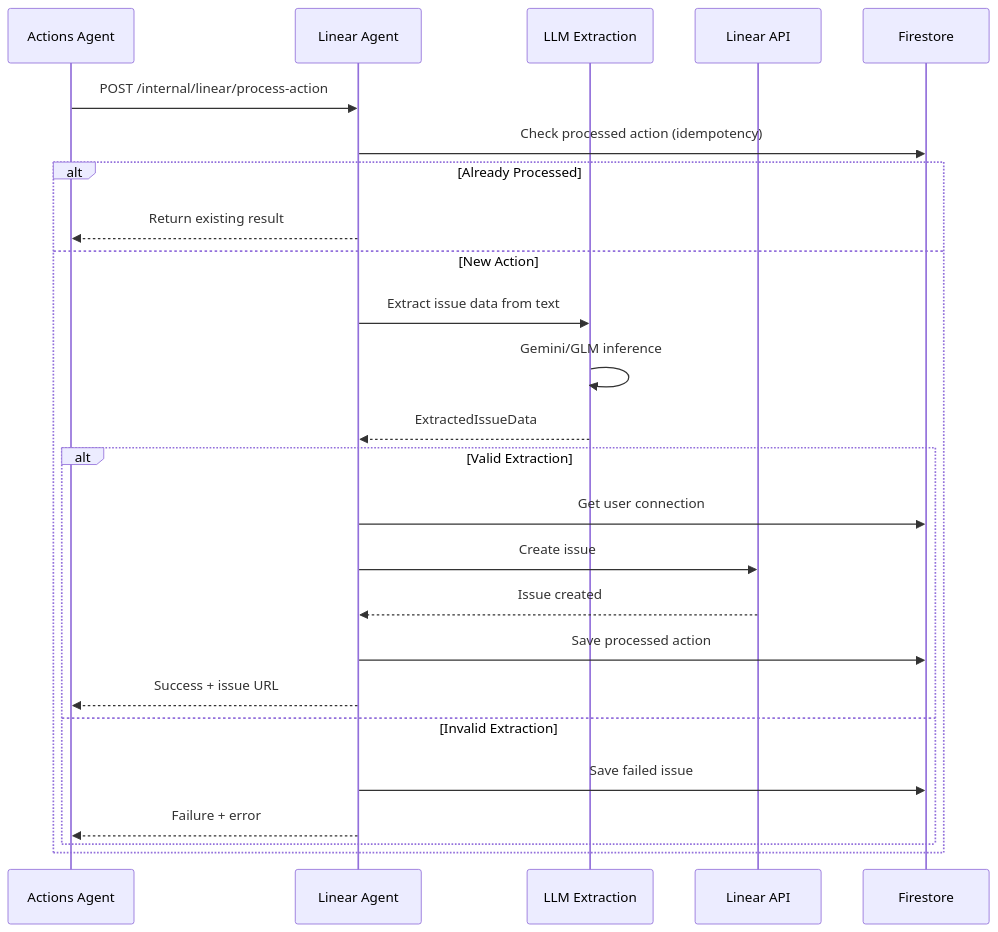
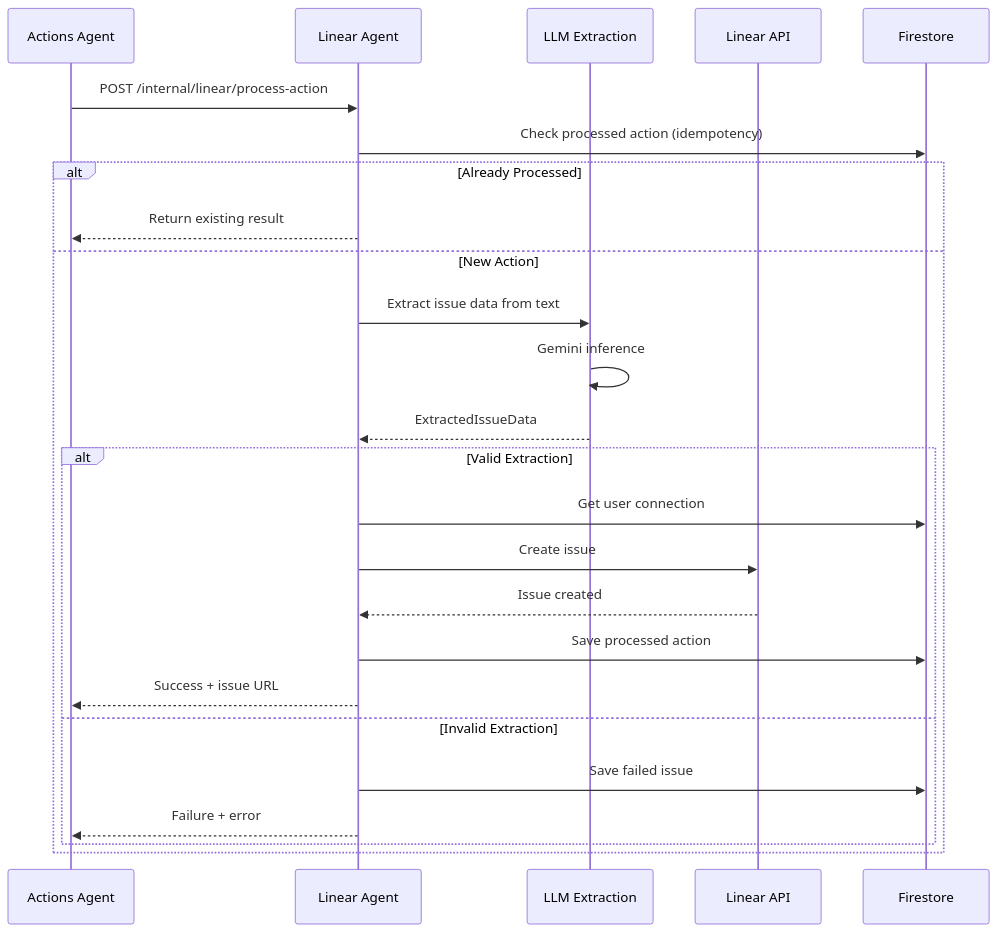
Before and after one commit to pbuchman/intexuraos: the second of 4 diagrams in docs/services/linear-agent/technical.md, drawn with Mermaid. The commit also changed other lines of this file and 124 other files, not shown here.

````diff
--- a/docs/services/linear-agent/technical.md
+++ b/docs/services/linear-agent/technical.md
@@ -112,28 +110,28 @@
 ```mermaid
 sequenceDiagram
     participant AA as Actions Agent
     participant LA as Linear Agent
     participant LES as LLM Extraction
     participant Linear as Linear API
     participant FS as Firestore
 
     AA->>LA: POST /internal/linear/process-action
     LA->>FS: Check processed action (idempotency)
     alt Already Processed
         LA-->>AA: Return existing result
     else New Action
         LA->>LES: Extract issue data from text
-        LES->>LES: Gemini/GLM inference
+        LES->>LES: Gemini inference
         LES-->>LA: ExtractedIssueData
         alt Valid Extraction
             LA->>FS: Get user connection
             LA->>Linear: Create issue
             Linear-->>LA: Issue created
             LA->>FS: Save processed action
             LA-->>AA: Success + issue URL
         else Invalid Extraction
             LA->>FS: Save failed issue
             LA-->>AA: Failure + error
         end
     end
 ```
````
